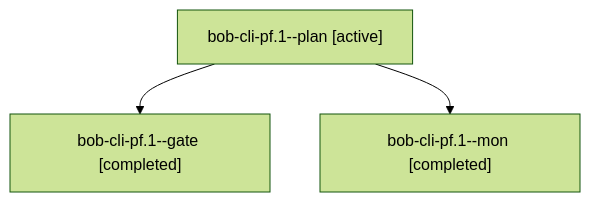
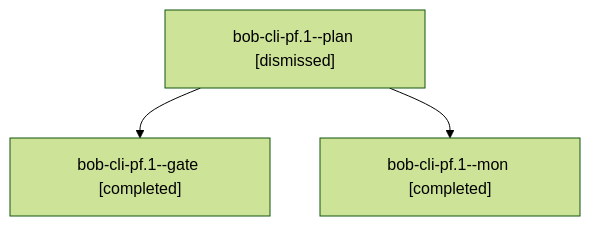
The diagram in sessions/bbugyi200.apollo.bob-cli-pf.1.md (bobs-org/bob-cli--agents), drawn with Mermaid (forest theme) before and after one commit. The commit also changed other lines of this file and 199 other files, not shown here.

````diff
--- a/sessions/bbugyi200.apollo.bob-cli-pf.1.md
+++ b/sessions/bbugyi200.apollo.bob-cli-pf.1.md
@@ -9,8 +9,8 @@
 ```mermaid
 flowchart TD
-  n0["bob-cli-pf.1--plan [active]"]
+  n0["bob-cli-pf.1--plan [dismissed]"]
   n1["bob-cli-pf.1--gate [completed]"]
   n0 --> n1
   n2["bob-cli-pf.1--mon [completed]"]
   n0 --> n2
 ```
````
